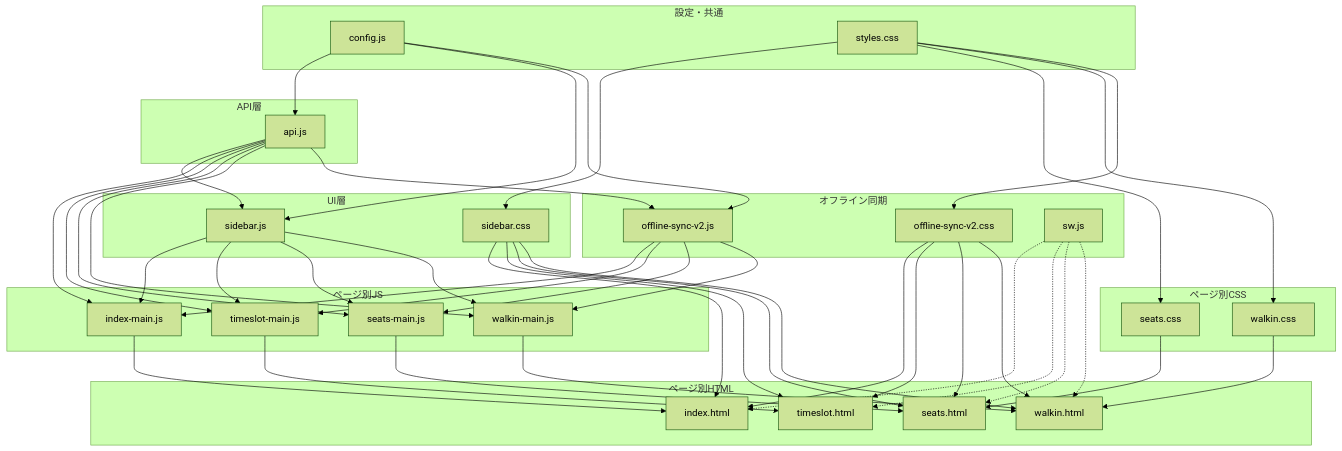
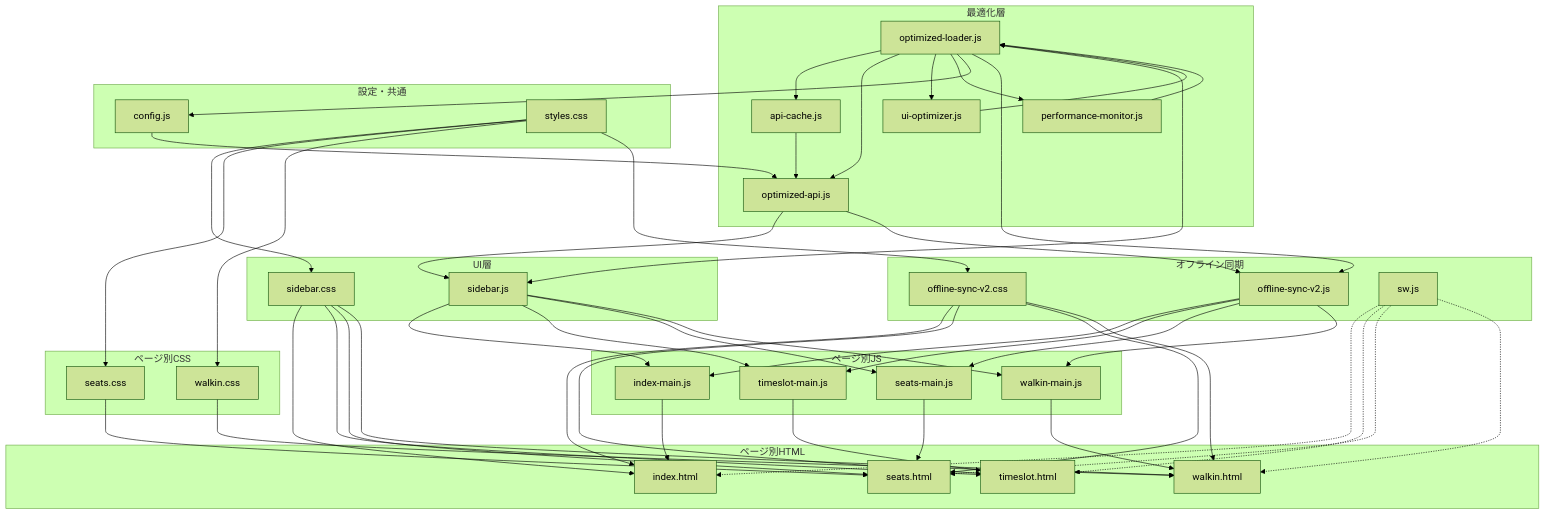
Before and after one commit to J105588/tickets-beta: the ninth of 13 diagrams in README.md, drawn with Mermaid (forest theme). The commit also changed other lines of this file and 14 other files, not shown here.

First line of the commit message:
Optimize caching and API handling for improved performance and offline support

````diff
--- a/README.md
+++ b/README.md
@@ -804,81 +846,89 @@
 ```mermaid
 graph TD
-    subgraph "設定・共通"
-        A[config.js]
-        B[styles.css]
+    subgraph "最適化層"
+        A[optimized-loader.js]
+        B[api-cache.js]
+        C[optimized-api.js]
+        D[ui-optimizer.js]
+        E[performance-monitor.js]
     end
     
-    subgraph "API層"
-        C[api.js]
+    subgraph "設定・共通"
+        F[config.js]
+        G[styles.css]
     end
     
     subgraph "オフライン同期"
-        O[offline-sync-v2.js]
-        P[offline-sync-v2.css]
-        Q[sw.js]
+        H[offline-sync-v2.js]
+        I[offline-sync-v2.css]
+        J[sw.js]
     end
     
     subgraph "UI層"
-        D[sidebar.js]
-        E[sidebar.css]
+        K[sidebar.js]
+        L[sidebar.css]
     end
     
     subgraph "ページ別JS"
-        F[index-main.js]
-        G[timeslot-main.js]
-        H[seats-main.js]
-        I[walkin-main.js]
+        M[index-main.js]
+        N[timeslot-main.js]
+        O[seats-main.js]
+        P[walkin-main.js]
     end
     
     subgraph "ページ別CSS"
-        J[seats.css]
-        K[walkin.css]
+        Q[seats.css]
+        R[walkin.css]
     end
     
     subgraph "ページ別HTML"
-        L[index.html]
-        M[timeslot.html]
-        N[seats.html]
-        R[walkin.html]
+        S[index.html]
+        T[timeslot.html]
+        U[seats.html]
+        V[walkin.html]
     end
     
+    A --> B
     A --> C
     A --> D
-    A --> O
-    C --> D
-    C --> F
-    C --> G
+    A --> E
+    A --> F
+    A --> H
+    A --> K
+    B --> C
+    C --> K
     C --> H
-    C --> I
-    C --> O
-    D --> F
-    D --> G
-    D --> H
-    D --> I
-    O --> F
-    O --> G
-    O --> H
-    O --> I
-    B --> E
-    B --> J
-    B --> K
-    B --> P
-    E --> L
-    E --> M
-    E --> N
-    E --> R
-    P --> L
-    P --> M
-    P --> N
-    P --> R
-    F --> L
-    G --> M
+    D --> A
+    E --> A
+    F --> C
+    H --> M
     H --> N
-    I --> R
-    J --> N
-    K --> R
-    Q -.-> L
-    Q -.-> M
-    Q -.-> N
-    Q -.-> R
+    H --> O
+    H --> P
+    K --> M
+    K --> N
+    K --> O
+    K --> P
+    G --> L
+    G --> Q
+    G --> R
+    G --> I
+    L --> S
+    L --> T
+    L --> U
+    L --> V
+    I --> S
+    I --> T
+    I --> U
+    I --> V
+    M --> S
+    N --> T
+    O --> U
+    P --> V
+    Q --> U
+    R --> V
+    J -.-> S
+    J -.-> T
+    J -.-> U
+    J -.-> V
 ```
````
